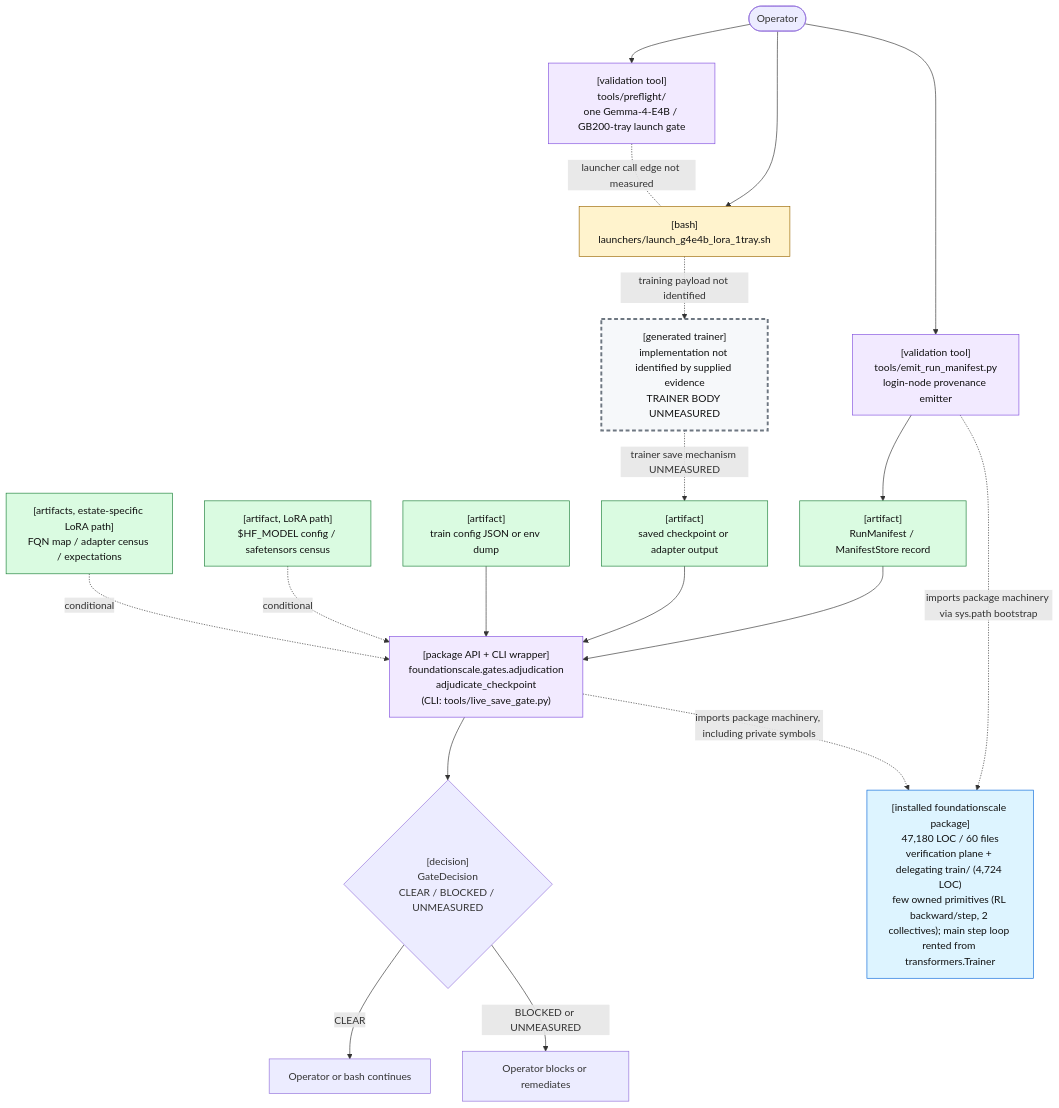
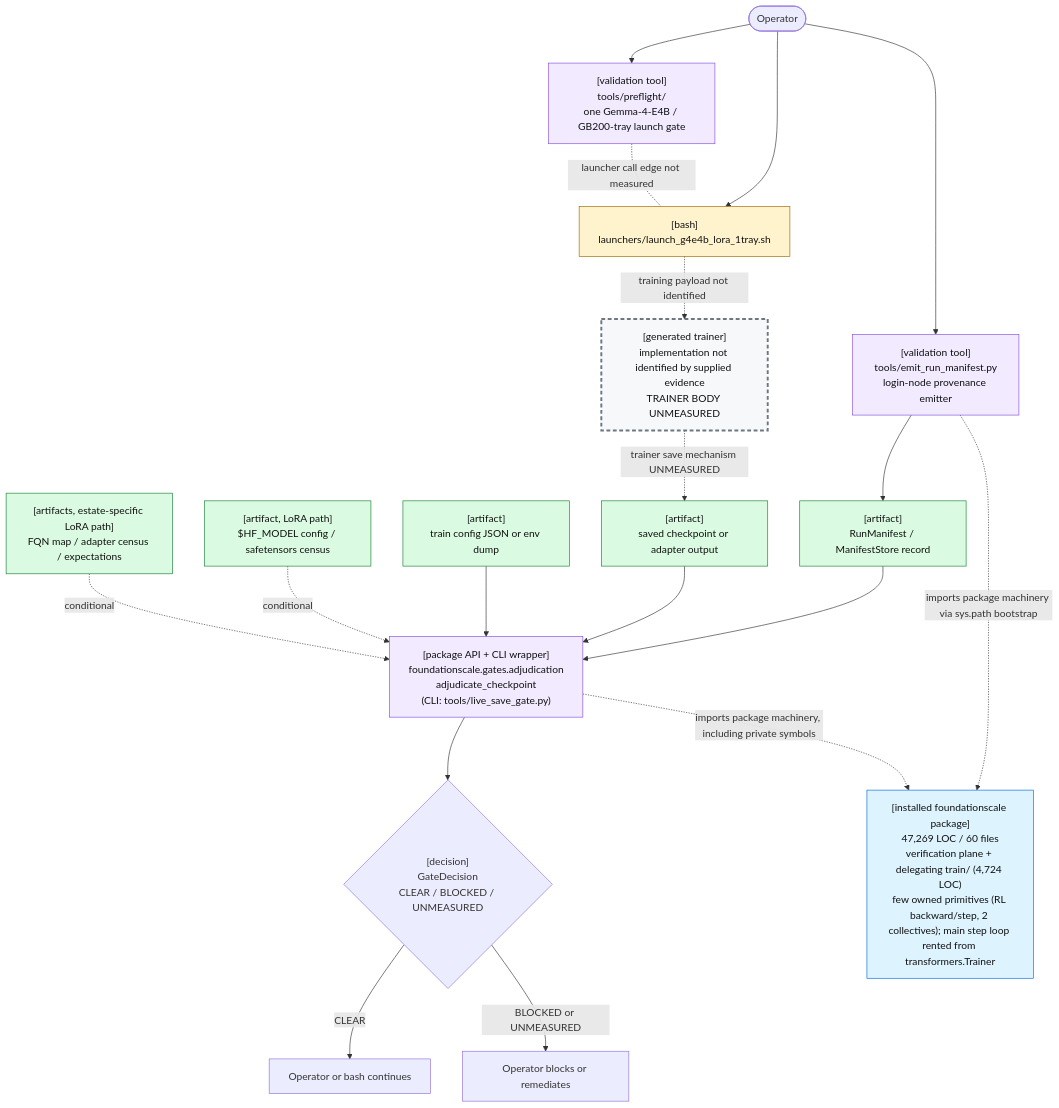
One commit to TranNhiem/FoundationScale changed the first of 2 diagrams in docs/review/D2_current_architecture.md. Above: the diagram before and after it, drawn with Mermaid. The commit also changed other lines of this file and 12 other files, not shown here.

````diff
--- a/docs/review/D2_current_architecture.md
+++ b/docs/review/D2_current_architecture.md
@@ -25,59 +25,59 @@
 ```mermaid
 flowchart TB
   O(["Operator"])
 
   PF["[validation tool]<br/>tools/preflight/<br/>one Gemma-4-E4B / GB200-tray launch gate"]
   L["[bash]<br/>launchers/launch_g4e4b_lora_1tray.sh"]
 
   E["[validation tool]<br/>tools/emit_run_manifest.py<br/>login-node provenance emitter"]
   M["[artifact]<br/>RunManifest / ManifestStore record"]
 
   T["[generated trainer]<br/>implementation not identified by supplied evidence<br/>TRAINER BODY UNMEASURED"]
   C["[artifact]<br/>saved checkpoint or adapter output"]
 
   G["[package API + CLI wrapper]<br/>foundationscale.gates.adjudication<br/>adjudicate_checkpoint<br/>(CLI: tools/live_save_gate.py)"]
   CFG["[artifact]<br/>train config JSON or env dump"]
   BASE["[artifact, LoRA path]<br/>$HF_MODEL config / safetensors census"]
   CEN["[artifacts, estate-specific LoRA path]<br/>FQN map / adapter census / expectations"]
 
   D{"[decision]<br/>GateDecision<br/>CLEAR / BLOCKED / UNMEASURED"}
   OK["Operator or bash continues"]
   NO["Operator blocks or remediates"]
 
-  PKG["[installed foundationscale package]<br/>47,180 LOC / 60 files<br/>verification plane + delegating train/ (4,724 LOC)<br/>few owned primitives (RL backward/step, 2 collectives); main step loop rented from transformers.Trainer"]
+  PKG["[installed foundationscale package]<br/>47,269 LOC / 60 files<br/>verification plane + delegating train/ (4,724 LOC)<br/>few owned primitives (RL backward/step, 2 collectives); main step loop rented from transformers.Trainer"]
 
   O --> PF
   O --> L
   PF -. "launcher call edge not measured" .- L
 
   O --> E
   E --> M
 
   L -. "training payload not identified" .-> T
   T -. "trainer save mechanism UNMEASURED" .-> C
 
   M --> G
   C --> G
   CFG --> G
   BASE -. "conditional" .-> G
   CEN -. "conditional" .-> G
 
   E -. "imports package machinery via sys.path bootstrap" .-> PKG
   G -. "imports package machinery, including private symbols" .-> PKG
 
   G --> D
   D -->|"CLEAR"| OK
   D -->|"BLOCKED or UNMEASURED"| NO
 
   classDef bash fill:#fff3cd,stroke:#9a6700,color:#111;
   classDef tool fill:#f2eaff,stroke:#8250df,color:#111;
   classDef artifact fill:#dafbe1,stroke:#1a7f37,color:#111;
   classDef gap fill:#f6f8fa,stroke:#6e7781,stroke-width:3px,stroke-dasharray: 6 4,color:#111;
   classDef pkg fill:#ddf4ff,stroke:#0969da,color:#111;
 
   class L bash;
   class PF,E,G tool;
   class M,C,CFG,BASE,CEN artifact;
   class T gap;
   class PKG pkg;
 ```
````
